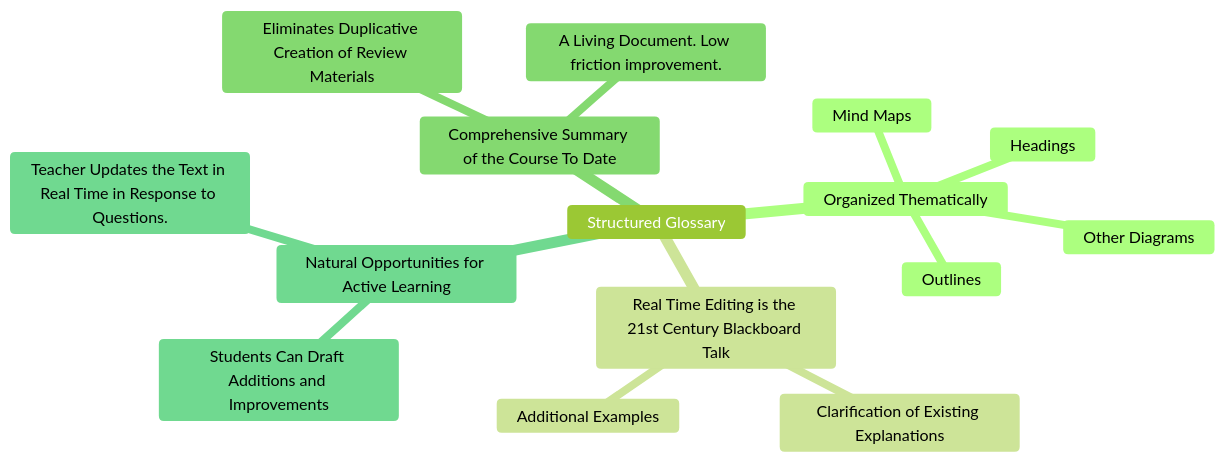
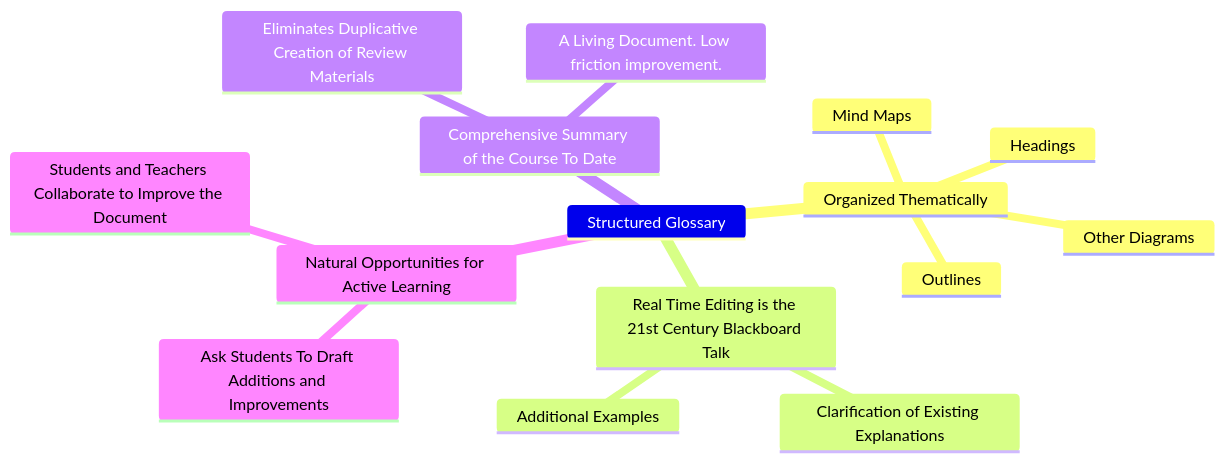
Before and after one commit to marshallflax/vision: the third of 4 diagrams in README.md, drawn with Mermaid. The commit also changed other lines of this file, not shown here.

````diff
--- a/README.md
+++ b/README.md
@@ -80,20 +76,18 @@
 ```mermaid
-%%{init: {'theme':'forest'}}%%
-
 mindmap
  Structured Glossary
   Organized Thematically
    Headings
    Outlines
    Mind Maps
    Other Diagrams
   Real Time Editing is the 21st Century Blackboard Talk
    Clarification of Existing Explanations
    Additional Examples
   Comprehensive Summary of the Course To Date
    A Living Document. Low friction improvement.
    Eliminates Duplicative Creation of Review Materials
   Natural Opportunities for Active Learning
-   Students Can Draft Additions and Improvements
-   Teacher Updates the Text in Real Time in Response to Questions.
+   Ask Students To Draft Additions and Improvements
+   Students and Teachers Collaborate to Improve the Document
 ```
````
